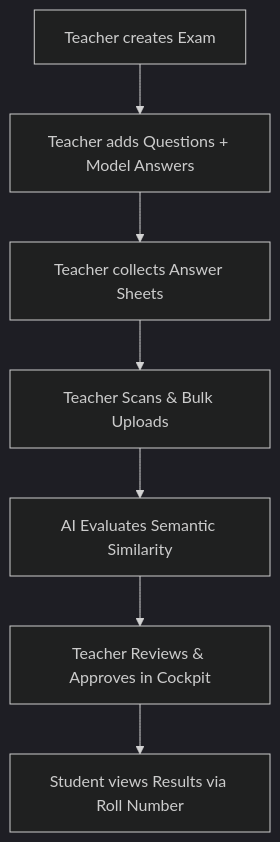
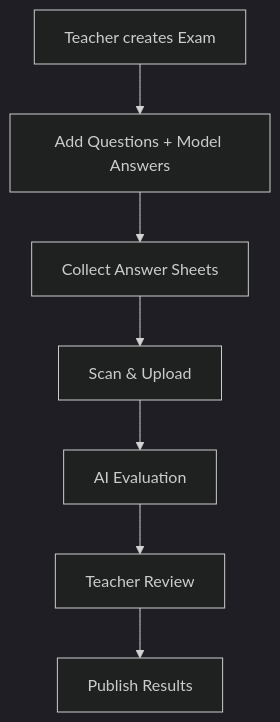
Before and after one commit to nikukaushik001/Minor-Project-Pre-Final: the diagram in README.md, drawn with Mermaid (dark theme). The commit also changed other lines of this file, not shown here.

````diff
--- a/README.md
+++ b/README.md
@@ -54,9 +92,9 @@
 ```mermaid
 graph TD
-    A[Teacher creates Exam] --> B[Teacher adds Questions + Model Answers]
-    B --> C[Teacher collects Answer Sheets]
-    C --> D[Teacher Scans & Bulk Uploads]
-    D --> E[AI Evaluates Semantic Similarity]
-    E --> F[Teacher Reviews & Approves in Cockpit]
-    F --> G[Student views Results via Roll Number]
+    A[Teacher creates Exam] --> B[Add Questions + Model Answers]
+    B --> C[Collect Answer Sheets]
+    C --> D[Scan & Upload]
+    D --> E[AI Evaluation]
+    E --> F[Teacher Review]
+    F --> G[Publish Results]
 ```
````
